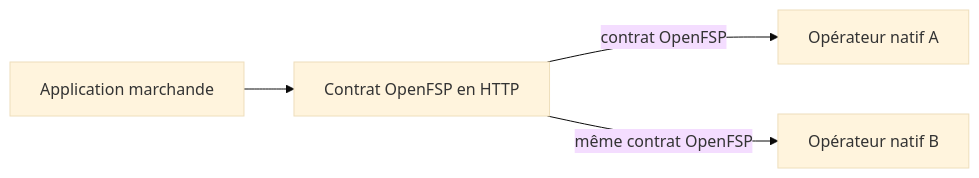
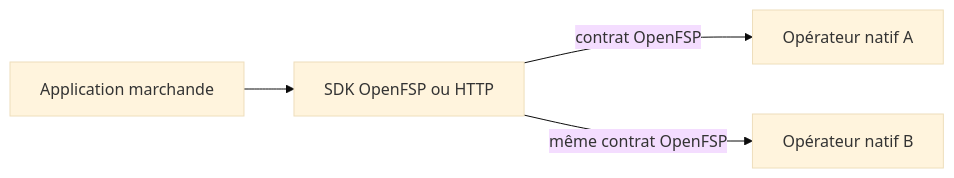
One commit to openfspht/openfsp.org changed the diagram in content/docs/architecture.fr.mdx. Above: the diagram before and after it, drawn with Mermaid (base theme). The commit also changed 7 other files, not shown here.

Commit message:
docs: list SDKs as the next step in the target architecture and status

````diff
--- a/content/docs/architecture.fr.mdx
+++ b/content/docs/architecture.fr.mdx
@@ -18,6 +18,6 @@
 ```mermaid
 flowchart LR
-    A["Application marchande"] --> S["Contrat OpenFSP en HTTP"]
+    A["Application marchande"] --> S["SDK OpenFSP ou HTTP"]
     S -- "contrat OpenFSP" --> P1["Opérateur natif A"]
     S -- "même contrat OpenFSP" --> P2["Opérateur natif B"]
 ```
````
